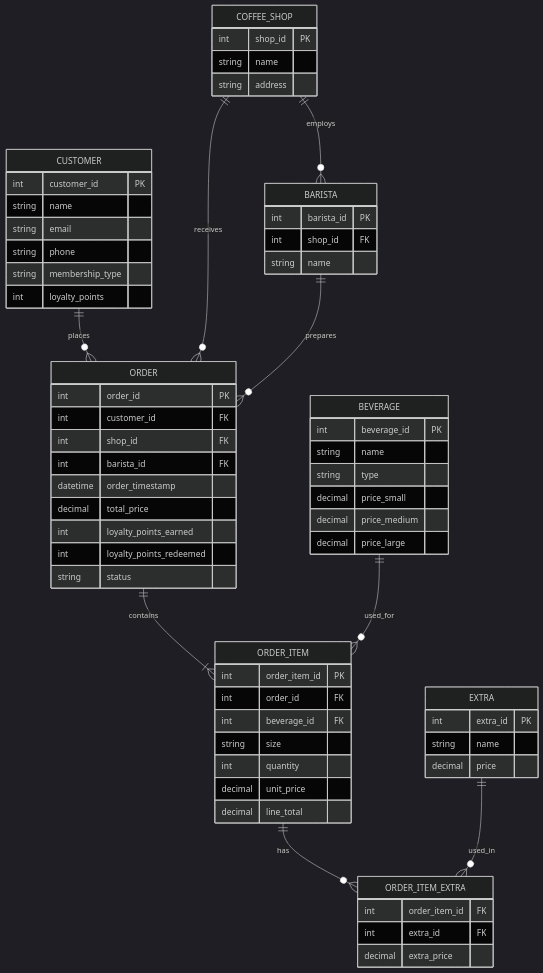
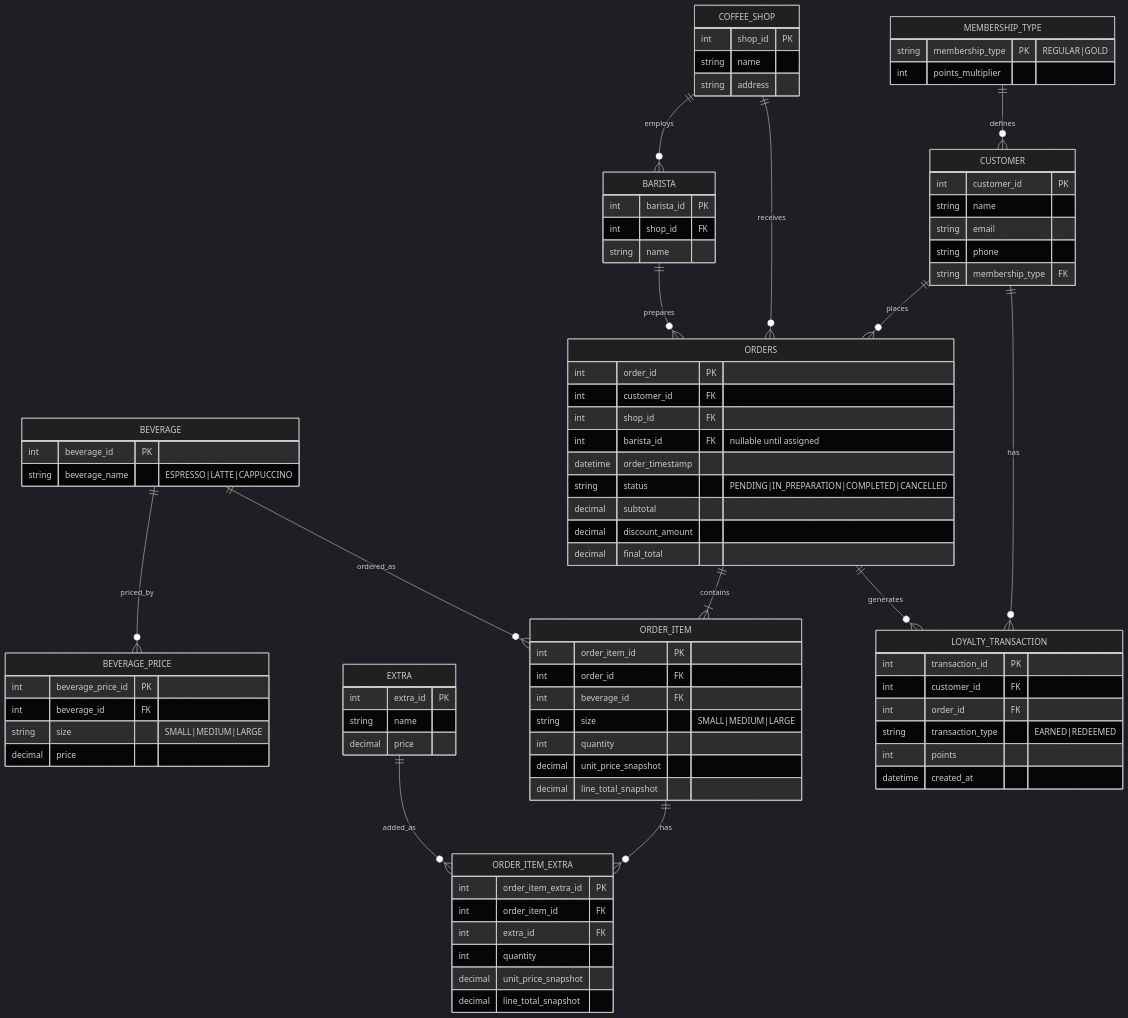
Before and after one commit to IoanaClopotaru/SiemensTask: the diagram in Siemens_Task-Clopotaru_Ioana/Problem_1/er_diagram.mermaid, drawn with Mermaid (dark theme). The commit also changed 1 other file, not shown here.

Commit message:
updated diagrams

```diff
--- a/Siemens_Task-Clopotaru_Ioana/Problem_1/er_diagram.mermaid
+++ b/Siemens_Task-Clopotaru_Ioana/Problem_1/er_diagram.mermaid
@@ -1,73 +1,100 @@
 erDiagram
     CUSTOMER {
       int customer_id PK
       string name
       string email
       string phone
-      string membership_type
-      int loyalty_points
+      string membership_type FK
+    }
+
+    MEMBERSHIP_TYPE {
+      string membership_type PK  "REGULAR|GOLD"
+      int points_multiplier
     }
 
     COFFEE_SHOP {
       int shop_id PK
       string name
       string address
     }
 
     BARISTA {
       int barista_id PK
       int shop_id FK
       string name
     }
 
     BEVERAGE {
       int beverage_id PK
-      string name
-      string type
-      decimal price_small
-      decimal price_medium
-      decimal price_large
+      string beverage_name  "ESPRESSO|LATTE|CAPPUCCINO"
+    }
+
+    BEVERAGE_PRICE {
+      int beverage_price_id PK
+      int beverage_id FK
+      string size  "SMALL|MEDIUM|LARGE"
+      decimal price
     }
 
     EXTRA {
       int extra_id PK
       string name
       decimal price
     }
 
-    "ORDER" {
+    ORDERS {
       int order_id PK
       int customer_id FK
       int shop_id FK
-      int barista_id FK
+      int barista_id FK  "nullable until assigned"
       datetime order_timestamp
-      decimal total_price
-      int loyalty_points_earned
-      int loyalty_points_redeemed
-      string status
+      string status  "PENDING|IN_PREPARATION|COMPLETED|CANCELLED"
+      decimal subtotal
+      decimal discount_amount
+      decimal final_total
     }
 
     ORDER_ITEM {
       int order_item_id PK
       int order_id FK
       int beverage_id FK
-      string size
+      string size  "SMALL|MEDIUM|LARGE"
       int quantity
-      decimal unit_price
-      decimal line_total
+      decimal unit_price_snapshot
+      decimal line_total_snapshot
     }
 
     ORDER_ITEM_EXTRA {
+      int order_item_extra_id PK
       int order_item_id FK
       int extra_id FK
-      decimal extra_price
+      int quantity
+      decimal unit_price_snapshot
+      decimal line_total_snapshot
     }
 
-    CUSTOMER ||--o{ "ORDER" : places
+    LOYALTY_TRANSACTION {
+      int transaction_id PK
+      int customer_id FK
+      int order_id FK
+      string transaction_type "EARNED|REDEEMED"
+      int points
+      datetime created_at
+    }
+
+    CUSTOMER ||--o{ ORDERS : places
     COFFEE_SHOP ||--o{ BARISTA : employs
-    COFFEE_SHOP ||--o{ "ORDER" : receives
-    BARISTA ||--o{ "ORDER" : prepares
-    "ORDER" ||--|{ ORDER_ITEM : contains
-    BEVERAGE ||--o{ ORDER_ITEM : used_for
+    COFFEE_SHOP ||--o{ ORDERS : receives
+    BARISTA ||--o{ ORDERS : prepares
+
+    ORDERS ||--|{ ORDER_ITEM : contains
+    BEVERAGE ||--o{ ORDER_ITEM : ordered_as
     ORDER_ITEM ||--o{ ORDER_ITEM_EXTRA : has
-    EXTRA ||--o{ ORDER_ITEM_EXTRA : used_in
+    EXTRA ||--o{ ORDER_ITEM_EXTRA : added_as
+
+    BEVERAGE ||--o{ BEVERAGE_PRICE : priced_by
+
+    CUSTOMER ||--o{ LOYALTY_TRANSACTION : has
+    ORDERS ||--o{ LOYALTY_TRANSACTION : generates
+
+    MEMBERSHIP_TYPE ||--o{ CUSTOMER : defines
```
